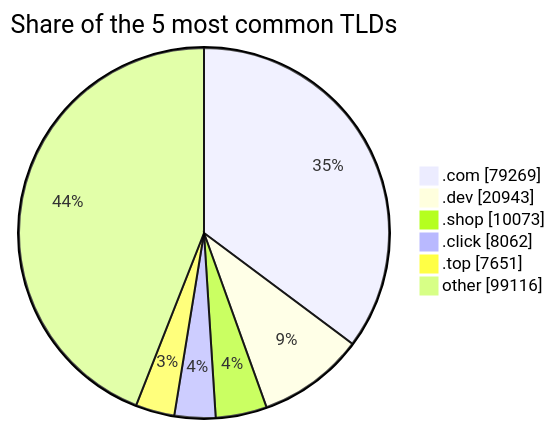
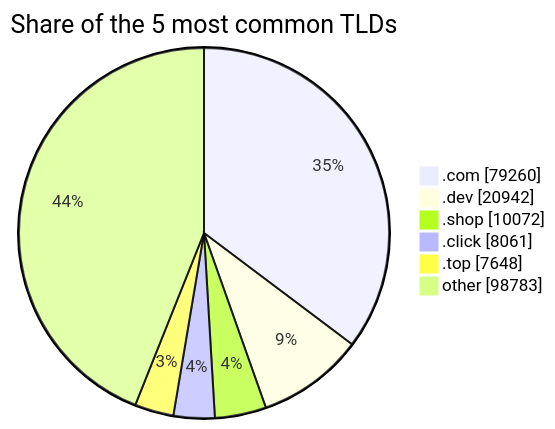
The third of 3 diagrams in README.md (DNSBunker/CTI), drawn with Mermaid before and after one commit. The commit also changed other lines of this file and 3 other files, not shown here.

````diff
--- a/README.md
+++ b/README.md
@@ -81,9 +81,9 @@
 ```mermaid
 pie showData title Share of the 5 most common TLDs
-    ".com" : 79269
-    ".dev" : 20943
-    ".shop" : 10073
-    ".click" : 8062
-    ".top" : 7651
-    "other" : 99116
+    ".com" : 79260
+    ".dev" : 20942
+    ".shop" : 10072
+    ".click" : 8061
+    ".top" : 7648
+    "other" : 98783
 ```
````
